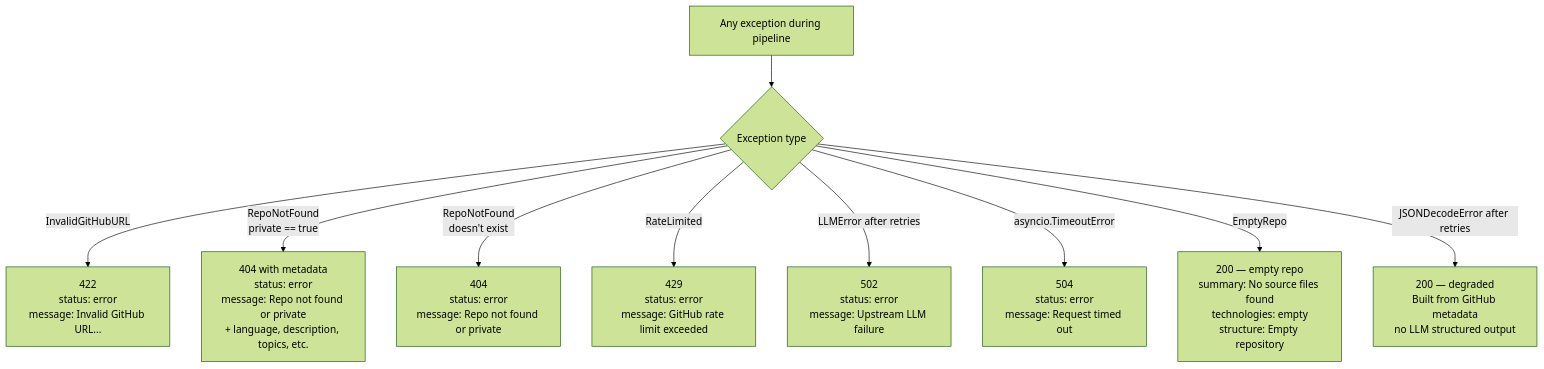
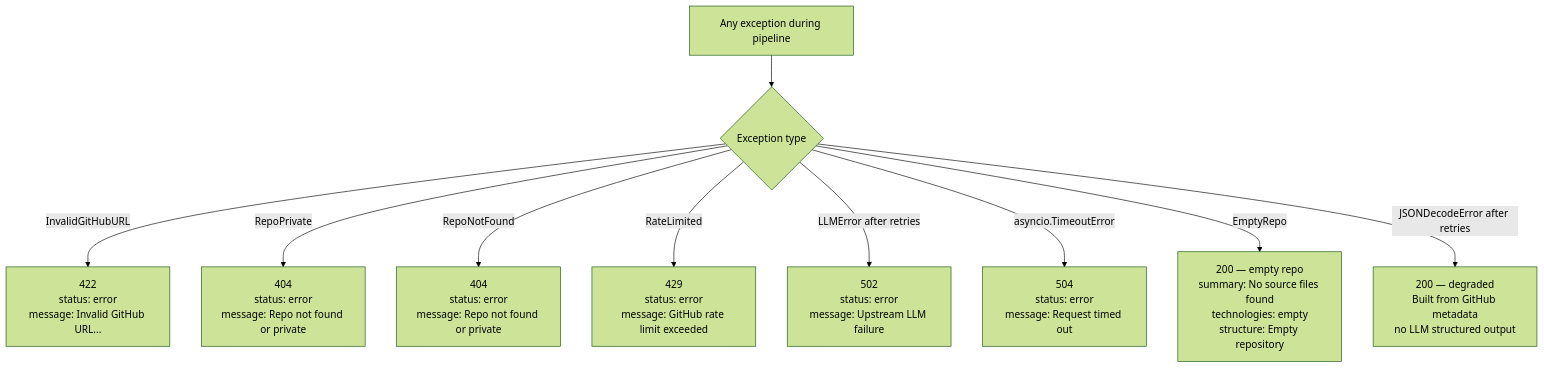
Before and after one commit to paffon/RepoSummarizer2: the seventh of 7 diagrams in .claude/flow.md, drawn with Mermaid (forest theme). The commit also changed other lines of this file and 14 other files, not shown here.

````diff
--- a/.claude/flow.md
+++ b/.claude/flow.md
@@ -167,12 +167,12 @@
 ```mermaid
 flowchart TD
     A[Any exception during pipeline] --> B{Exception type}
     B -- InvalidGitHubURL --> E422[422<br>status: error<br>message: Invalid GitHub URL...]
-    B -- RepoNotFound<br>private == true --> PRIV["404 with metadata<br>status: error<br>message: Repo not found or private<br>+ language, description, topics, etc."]
-    B -- RepoNotFound<br>doesn't exist --> E404[404<br>status: error<br>message: Repo not found or private]
+    B -- RepoPrivate --> PRIV[404<br>status: error<br>message: Repo not found or private]
+    B -- RepoNotFound --> E404[404<br>status: error<br>message: Repo not found or private]
     B -- RateLimited --> E429[429<br>status: error<br>message: GitHub rate limit exceeded]
     B -- LLMError after retries --> E502[502<br>status: error<br>message: Upstream LLM failure]
     B -- asyncio.TimeoutError --> E504[504<br>status: error<br>message: Request timed out]
     B -- EmptyRepo --> E200["200 — empty repo<br>summary: No source files found<br>technologies: empty<br>structure: Empty repository"]
     B -- JSONDecodeError after retries --> DEGRADE[200 — degraded<br>Built from GitHub metadata<br>no LLM structured output]
 ```
````
